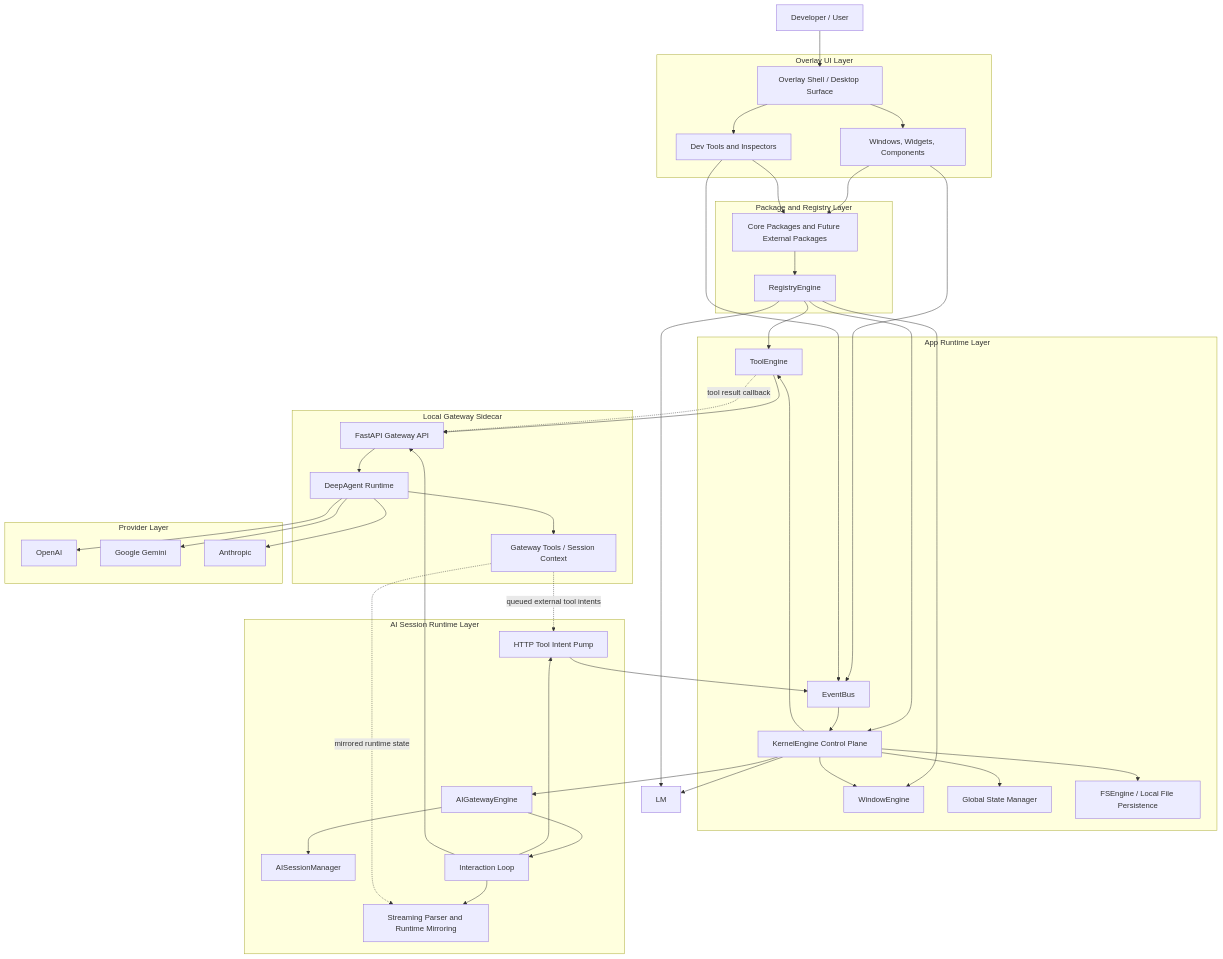
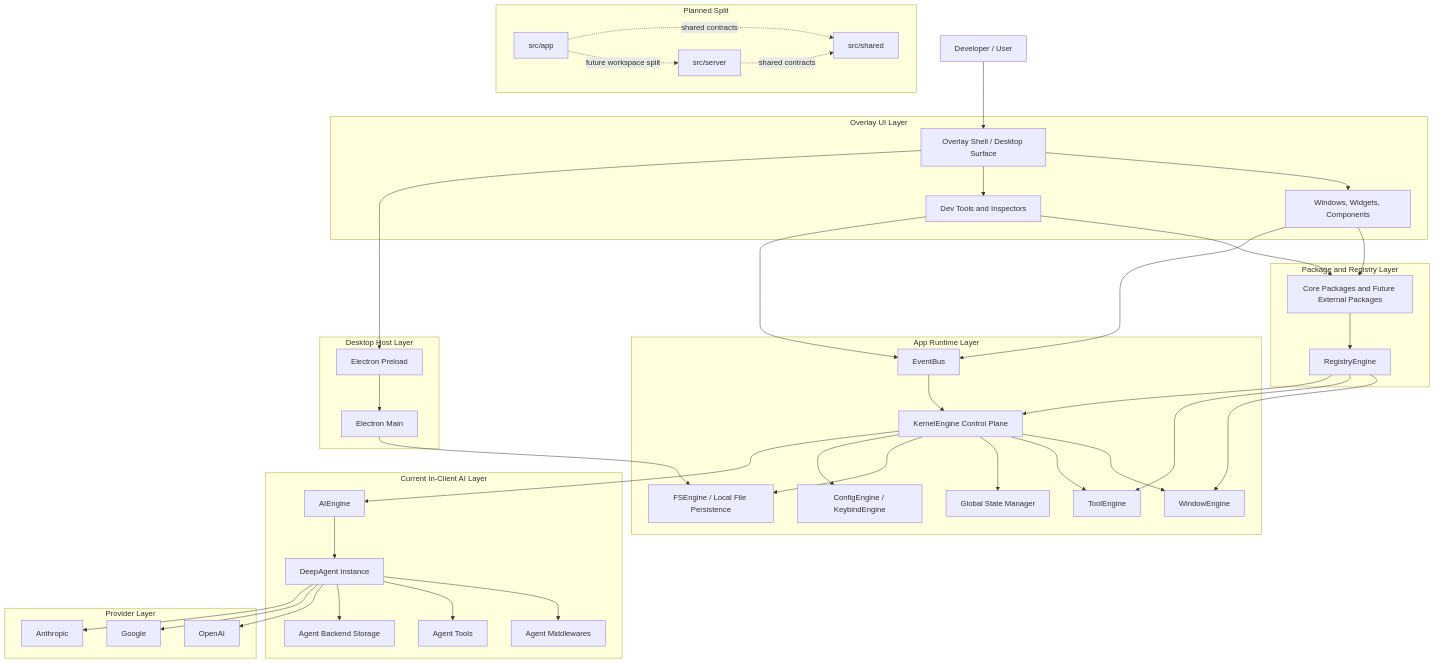
The diagram in README.md (ItsJiran/Ace), drawn with Mermaid before and after one commit. The commit also changed other lines of this file and 100 other files, not shown here.

Commit message:
feat : temporary changig file and folder structure splitting background and desktop side due to agent need to goes to backend

````diff
--- a/README.md
+++ b/README.md
@@ -154,26 +174,32 @@
 		TM[ToolEngine]
 		GM[Global State Manager]
 		FS[FSEngine / Local File Persistence]
+		CF[ConfigEngine / KeybindEngine]
 	end
 
-	subgraph AI[AI Session Runtime Layer]
-		AG[AIGatewayEngine]
-		SM[AISessionManager]
-		IL[Interaction Loop]
-		SP[Streaming Parser and Runtime Mirroring]
-		TI[HTTP Tool Intent Pump]
+	subgraph AI[Current In-Client AI Layer]
+		AE[AIEngine]
+		DA[DeepAgent Instance]
+		AM[Agent Middlewares]
+		AT[Agent Tools]
+		AB[Agent Backend Storage]
 	end
 
-	subgraph GW[Local Gateway Sidecar]
-		API[FastAPI Gateway API]
-		RT[DeepAgent Runtime]
-		GT[Gateway Tools / Session Context]
+	subgraph DESKTOP[Desktop Host Layer]
+		EM[Electron Main]
+		EP[Electron Preload]
 	end
 
 	subgraph MODEL[Provider Layer]
 		OA[OpenAI]
-		GG[Google Gemini]
+		GG[Google]
 		AN[Anthropic]
+	end
+
+	subgraph FUTURE[Planned Split]
+		APPKG[src/app]
+		SERVERKG[src/server]
+		SHAREDKG[src/shared]
 	end
 
 	U --> O
@@ -187,32 +213,29 @@
 	D --> E
 	R --> WM
 	R --> TM
-	R --> LM
 	R --> K
 
 	E --> K
 	K --> WM
 	K --> TM
-	K --> LM
 	K --> GM
 	K --> FS
-	K --> AG
+	K --> CF
+	K --> AE
 
-	AG --> SM
-	AG --> IL
-	IL --> SP
-	IL --> TI
-	IL --> API
-	TM --> API
+	O --> EP
+	EP --> EM
+	EM --> FS
+	AE --> DA
+	DA --> AM
+	DA --> AT
+	DA --> AB
 
-	API --> RT
-	RT --> GT
-	RT --> OA
-	RT --> GG
-	RT --> AN
+	DA --> OA
+	DA --> GG
+	DA --> AN
 
-	GT -. mirrored runtime state .-> SP
-	GT -. queued external tool intents .-> TI
-	TI --> E
-	TM -. tool result callback .-> API
+	APPKG -. future workspace split .-> SERVERKG
+	APPKG -. shared contracts .-> SHAREDKG
+	SERVERKG -. shared contracts .-> SHAREDKG
 ```
````
